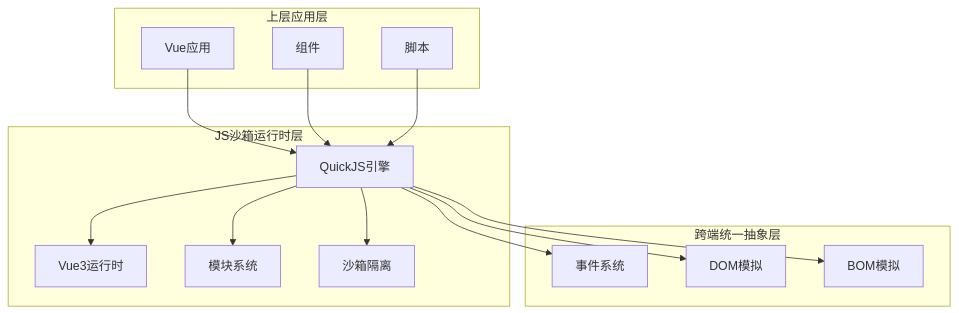
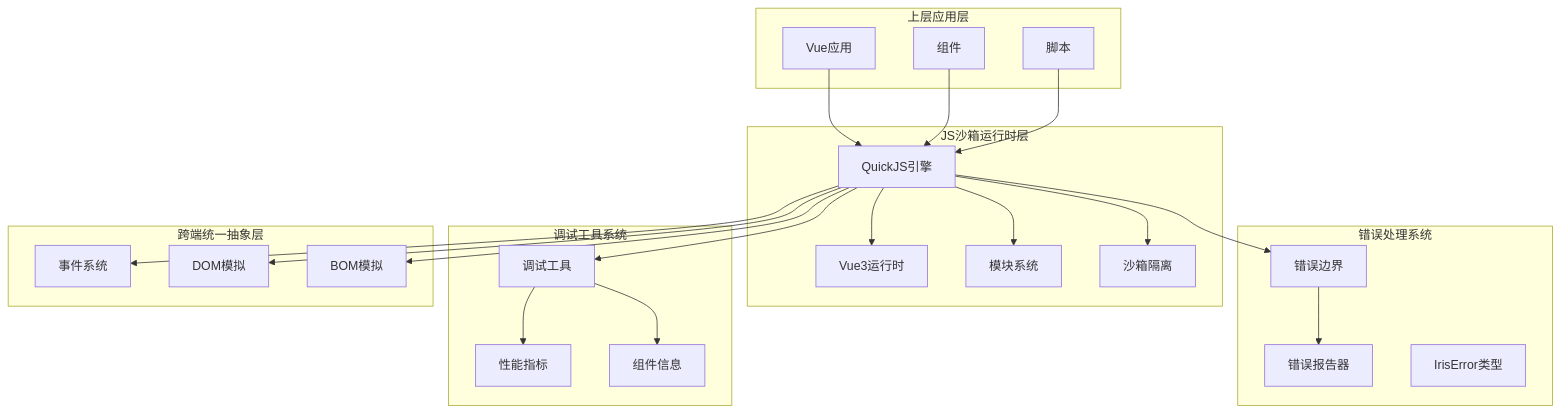
One commit to itszzl-sudo/iris changed the second of 7 diagrams in .qoder/repowiki/zh/content/API参考手册/运行时API.md. Above: the diagram before and after it, drawn with Mermaid. The commit also changed other lines of this file and 6 other files, not shown here.

````diff
--- a/.qoder/repowiki/zh/content/API参考手册/运行时API.md
+++ b/.qoder/repowiki/zh/content/API参考手册/运行时API.md
@@ -88,28 +119,43 @@
 ```mermaid
 graph TD
 subgraph "JS沙箱运行时层"
 QuickJS[QuickJS引擎]
 VueRuntime[Vue3运行时]
 ModuleSystem[模块系统]
 Sandbox[沙箱隔离]
+end
+subgraph "错误处理系统"
+ErrorBoundary[错误边界]
+ErrorReporter[错误报告器]
+IrisError[IrisError类型]
+end
+subgraph "调试工具系统"
+DevTools[调试工具]
+PerformanceMetrics[性能指标]
+ComponentInfo[组件信息]
 end
 subgraph "上层应用层"
 App[Vue应用]
 Components[组件]
 Scripts[脚本]
 end
 subgraph "跨端统一抽象层"
 Events[事件系统]
 DOMSim[DOM模拟]
 BOMSim[BOM模拟]
 end
 App --> QuickJS
 Components --> QuickJS
 Scripts --> QuickJS
 QuickJS --> VueRuntime
 QuickJS --> ModuleSystem
 QuickJS --> Sandbox
 QuickJS --> Events
 QuickJS --> DOMSim
 QuickJS --> BOMSim
+QuickJS --> ErrorBoundary
+QuickJS --> DevTools
+ErrorBoundary --> ErrorReporter
+DevTools --> PerformanceMetrics
+DevTools --> ComponentInfo
 ```
````
